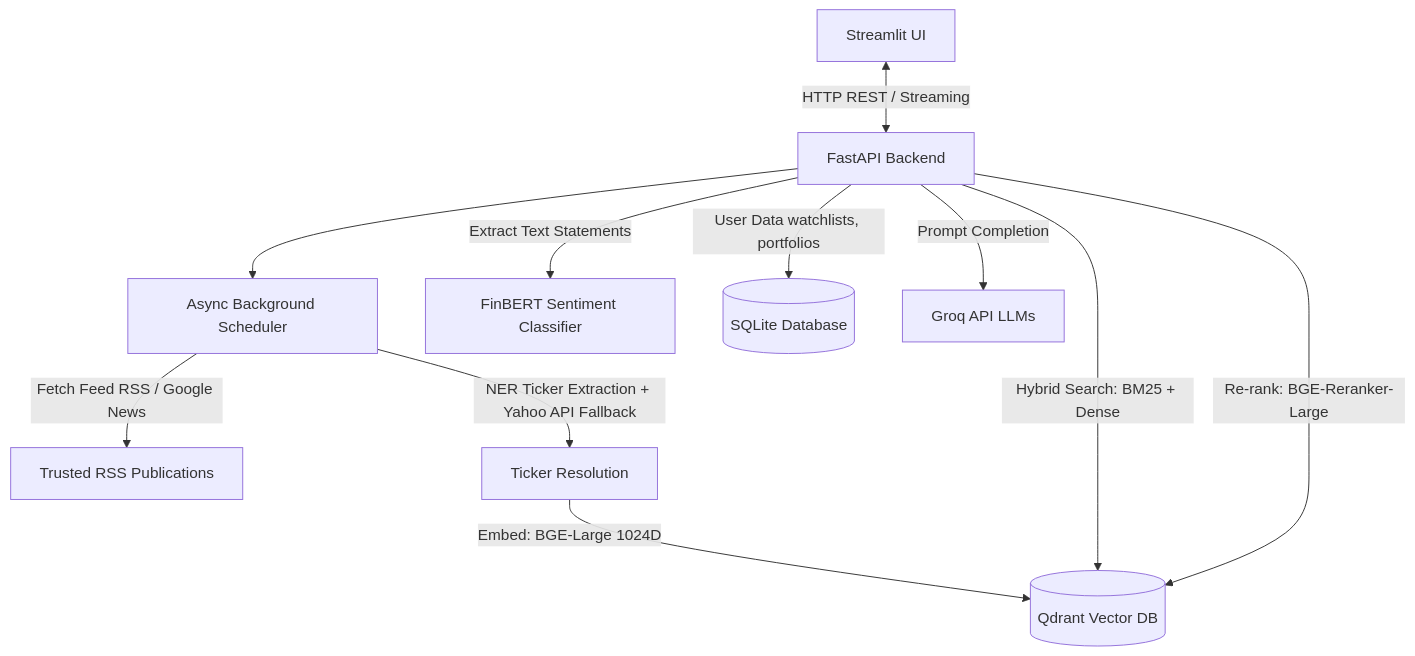
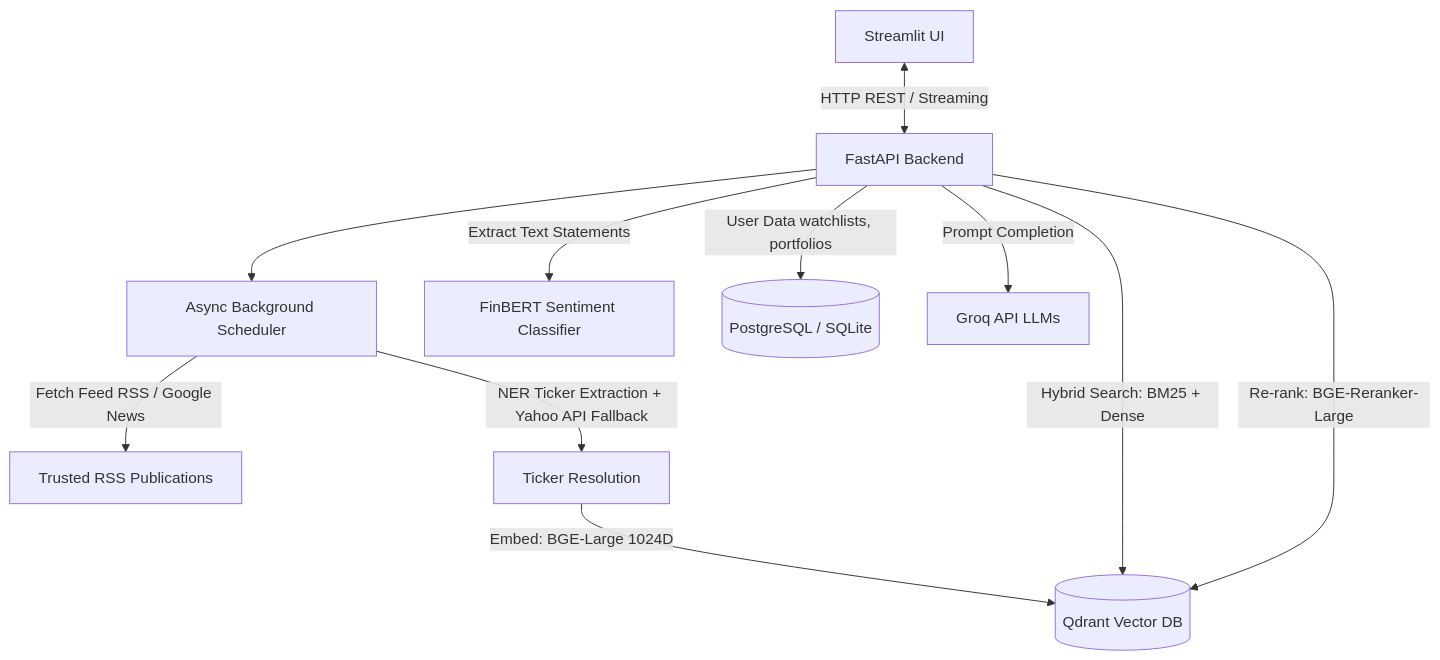
Before and after one commit to vihaan2512/FinSight: the diagram in README.md, drawn with Mermaid. The commit also changed other lines of this file and 2 other files, not shown here.

````diff
--- a/README.md
+++ b/README.md
@@ -39,13 +39,13 @@
 ```mermaid
 graph TD
     A[Streamlit UI] <-->|HTTP REST / Streaming| B[FastAPI Backend]
     B --> C[Async Background Scheduler]
     C -->|Fetch Feed RSS / Google News| D[Trusted RSS Publications]
     C -->|NER Ticker Extraction + Yahoo API Fallback| E[Ticker Resolution]
     E -->|Embed: BGE-Large 1024D| F[(Qdrant Vector DB)]
     B -->|Hybrid Search: BM25 + Dense| F
     B -->|Re-rank: BGE-Reranker-Large| F
     B -->|Extract Text Statements| G[FinBERT Sentiment Classifier]
-    B -->|User Data watchlists, portfolios| H[(SQLite Database)]
+    B -->|User Data watchlists, portfolios| H[(PostgreSQL / SQLite)]
     B -->|Prompt Completion| I[Groq API LLMs]
 ```
````
